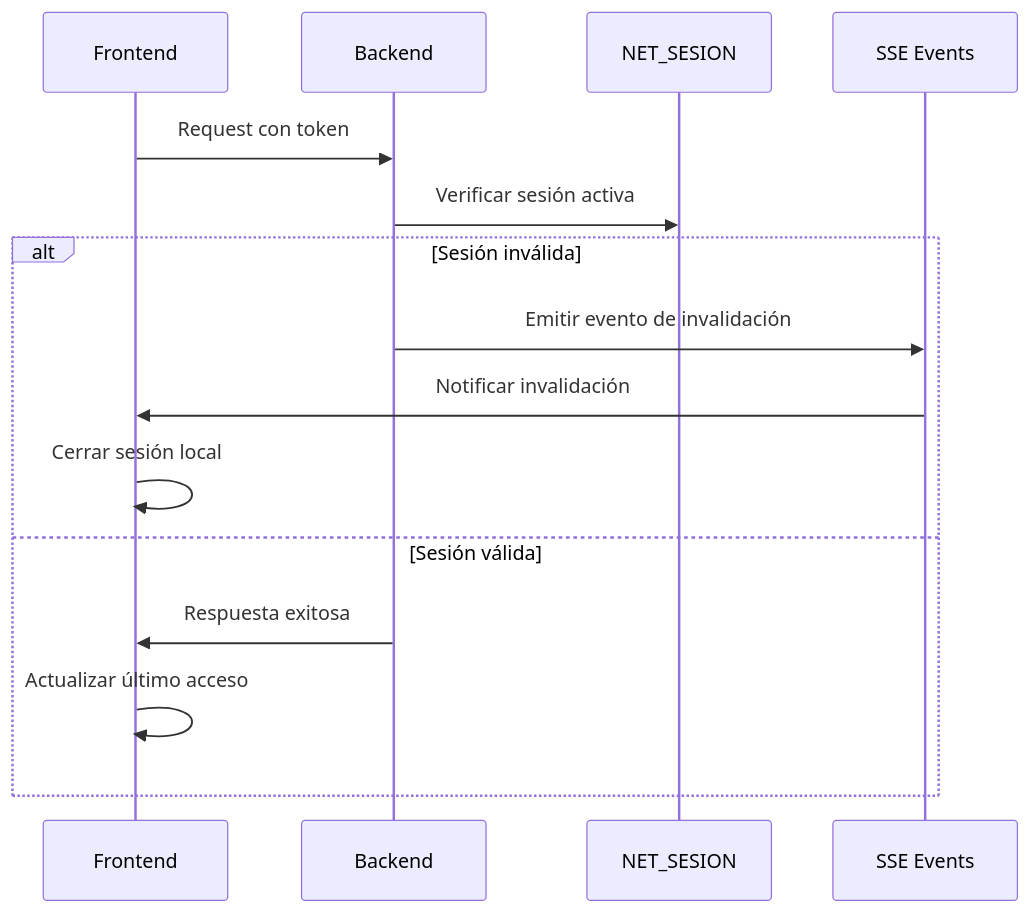
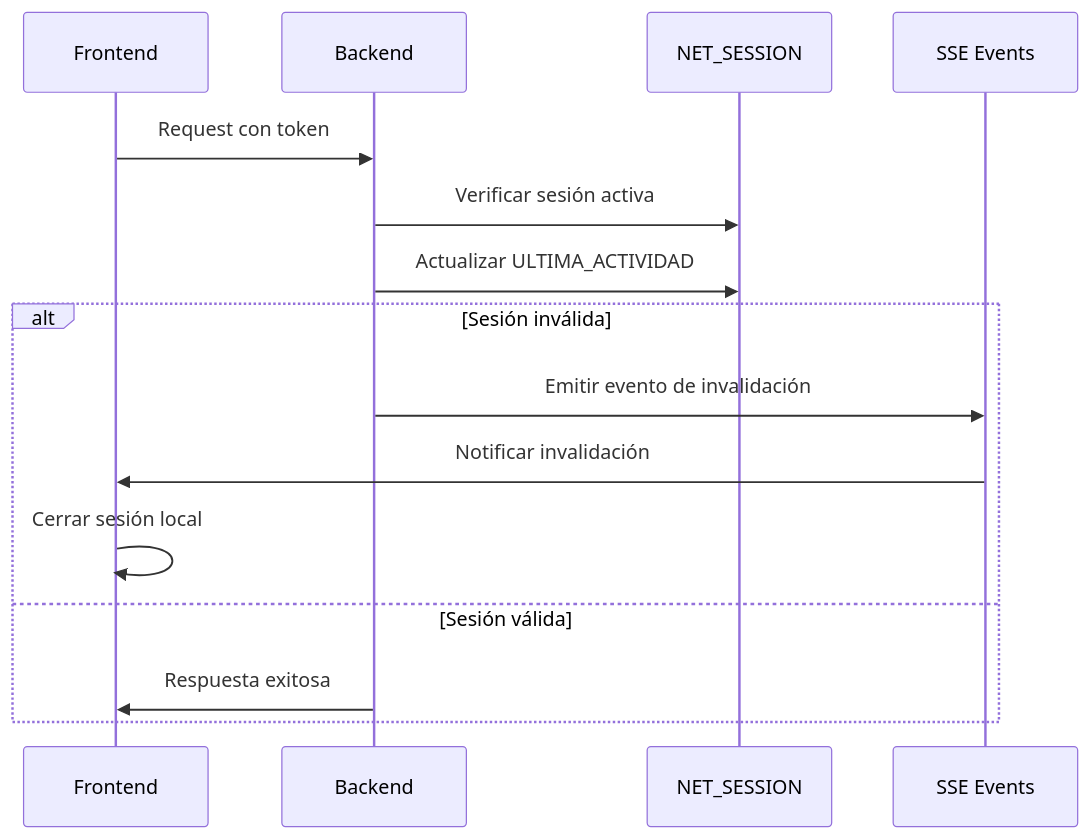
The fifth of 6 diagrams in plan-implementacion-sso.md (iamyare/INPRENET-main), drawn with Mermaid before and after one commit. The commit also changed other lines of this file, not shown here.

Commit message:
Actualizar la implementación de SSO para usar la tabla NET_SESSION y agregar soporte para refresh tokens

````diff
--- a/plan-implementacion-sso.md
+++ b/plan-implementacion-sso.md
@@ -192,18 +229,18 @@
 ```mermaid
 sequenceDiagram
     participant F as Frontend
     participant B as Backend
-    participant DB as NET_SESION
+    participant DB as NET_SESSION
     participant SSE as SSE Events
 
     F->>B: Request con token
     B->>DB: Verificar sesión activa
+    B->>DB: Actualizar ULTIMA_ACTIVIDAD
     alt Sesión inválida
         B->>SSE: Emitir evento de invalidación
         SSE->>F: Notificar invalidación
         F->>F: Cerrar sesión local
     else Sesión válida
         B->>F: Respuesta exitosa
-        F->>F: Actualizar último acceso
     end
 ```
````
